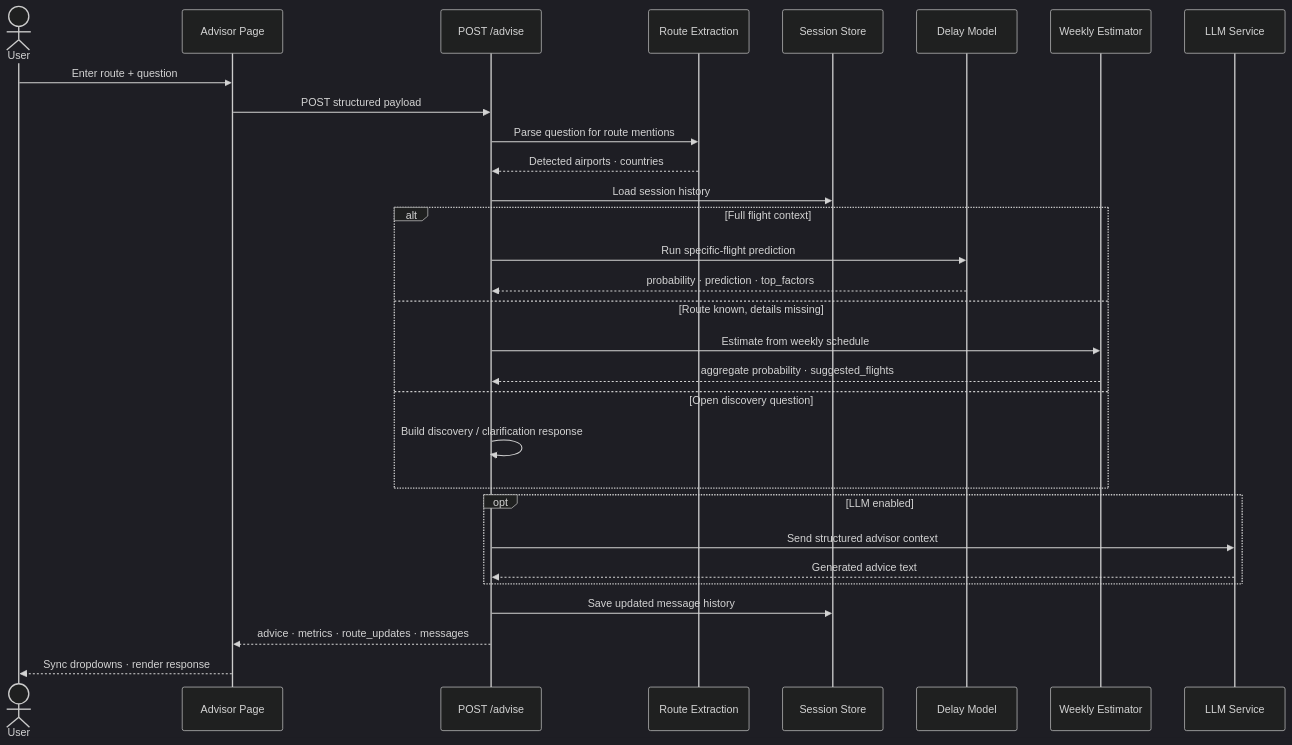
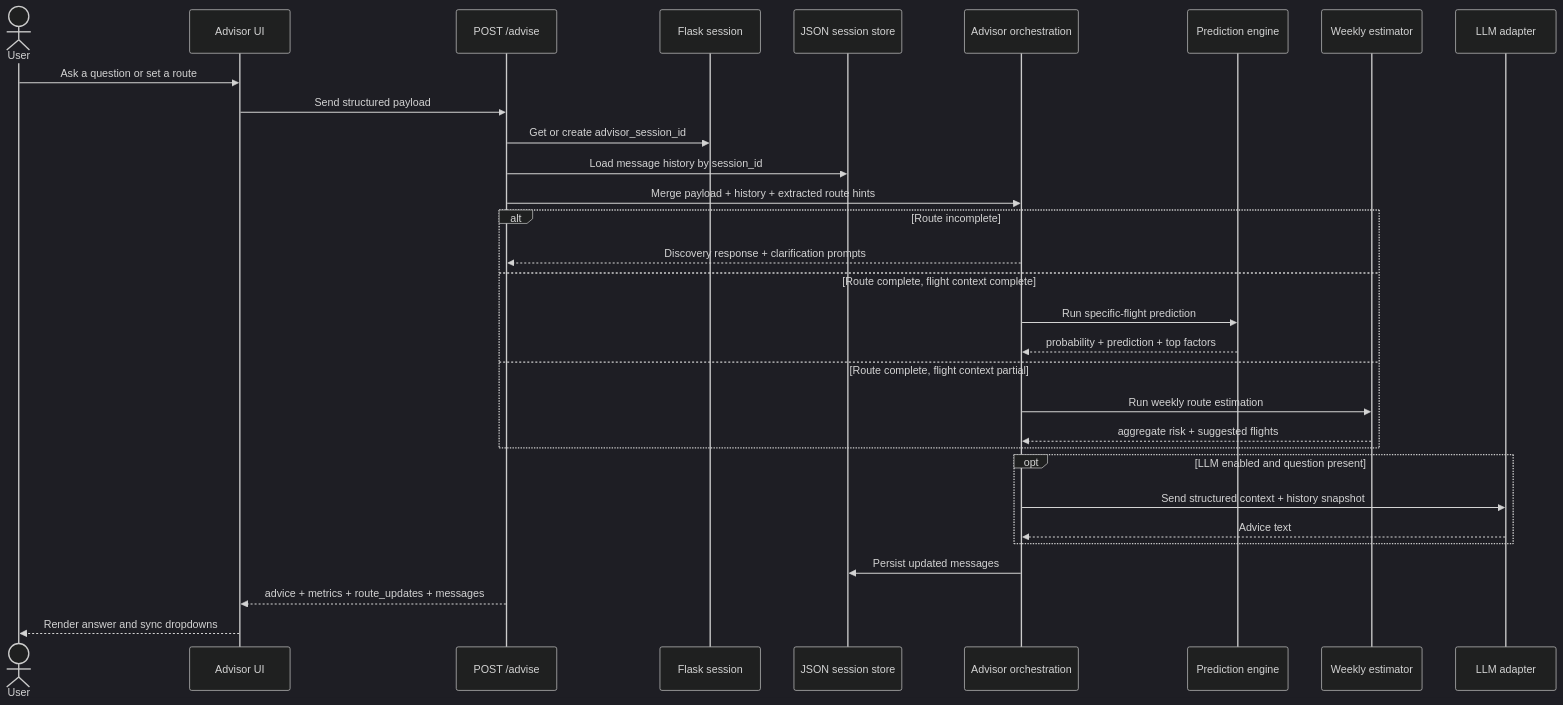
The second of 5 diagrams in Architecture.md (GuilhermeLossio/Tech-Challange-FIAP-3), drawn with Mermaid (dark theme) before and after one commit. The commit also changed other lines of this file, not shown here.

First line of the commit message:
Revise architecture documentation and component names

````diff
--- a/Architecture.md
+++ b/Architecture.md
@@ -74,38 +81,37 @@
 ```mermaid
 sequenceDiagram
     actor U as User
-    participant UI as Advisor Page
-    participant A as POST /advise
-    participant NLP as Route Extraction
-    participant S as Session Store
-    participant M as Delay Model
-    participant W as Weekly Estimator
-    participant L as LLM Service
+    participant UI as Advisor UI
+    participant API as POST /advise
+    participant SID as Flask session
+    participant FS as JSON session store
+    participant ORCH as Advisor orchestration
+    participant PRED as Prediction engine
+    participant WEEK as Weekly estimator
+    participant LLM as LLM adapter
 
-    U->>UI: Enter route + question
-    UI->>A: POST structured payload
+    U->>UI: Ask a question or set a route
+    UI->>API: Send structured payload
+    API->>SID: Get or create advisor_session_id
+    API->>FS: Load message history by session_id
+    API->>ORCH: Merge payload + history + extracted route hints
 
-    A->>NLP: Parse question for route mentions
-    NLP-->>A: Detected airports · countries
-
-    A->>S: Load session history
-
-    alt Full flight context
-        A->>M: Run specific-flight prediction
-        M-->>A: probability · prediction · top_factors
-    else Route known, details missing
-        A->>W: Estimate from weekly schedule
-        W-->>A: aggregate probability · suggested_flights
-    else Open discovery question
-        A->>A: Build discovery / clarification response
+    alt Route incomplete
+        ORCH-->>API: Discovery response + clarification prompts
+    else Route complete, flight context complete
+        ORCH->>PRED: Run specific-flight prediction
+        PRED-->>ORCH: probability + prediction + top factors
+    else Route complete, flight context partial
+        ORCH->>WEEK: Run weekly route estimation
+        WEEK-->>ORCH: aggregate risk + suggested flights
     end
 
-    opt LLM enabled
-        A->>L: Send structured advisor context
-        L-->>A: Generated advice text
+    opt LLM enabled and question present
+        ORCH->>LLM: Send structured context + history snapshot
+        LLM-->>ORCH: Advice text
     end
 
-    A->>S: Save updated message history
-    A-->>UI: advice · metrics · route_updates · messages
-    UI-->>U: Sync dropdowns · render response
+    ORCH->>FS: Persist updated messages
+    API-->>UI: advice + metrics + route_updates + messages
+    UI-->>U: Render answer and sync dropdowns
 ```
````
